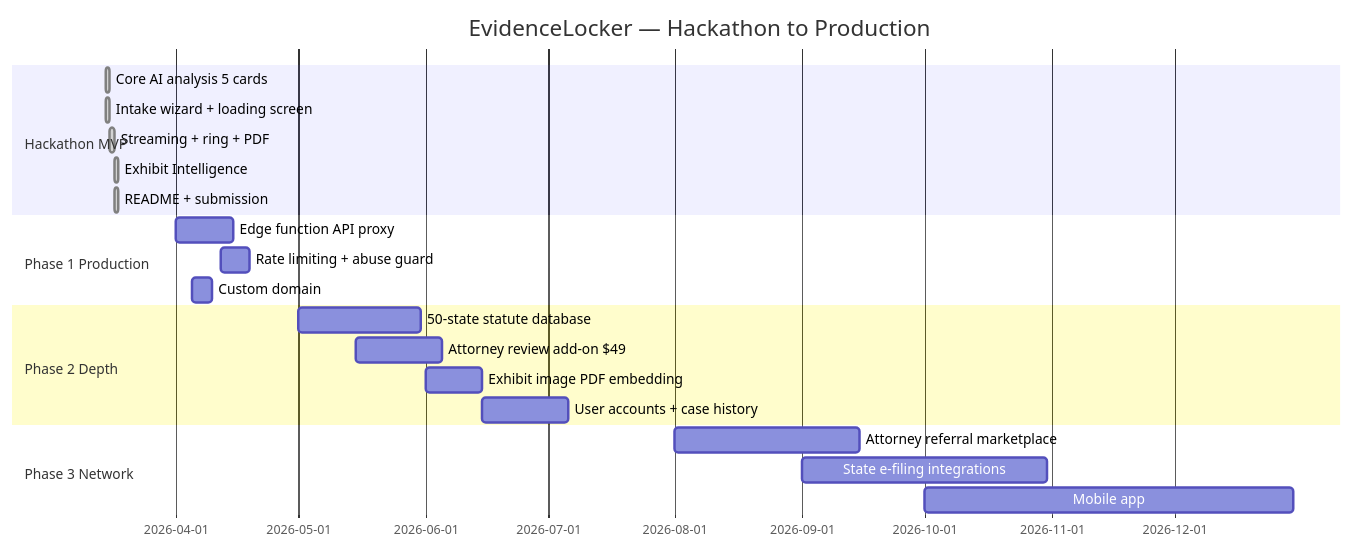
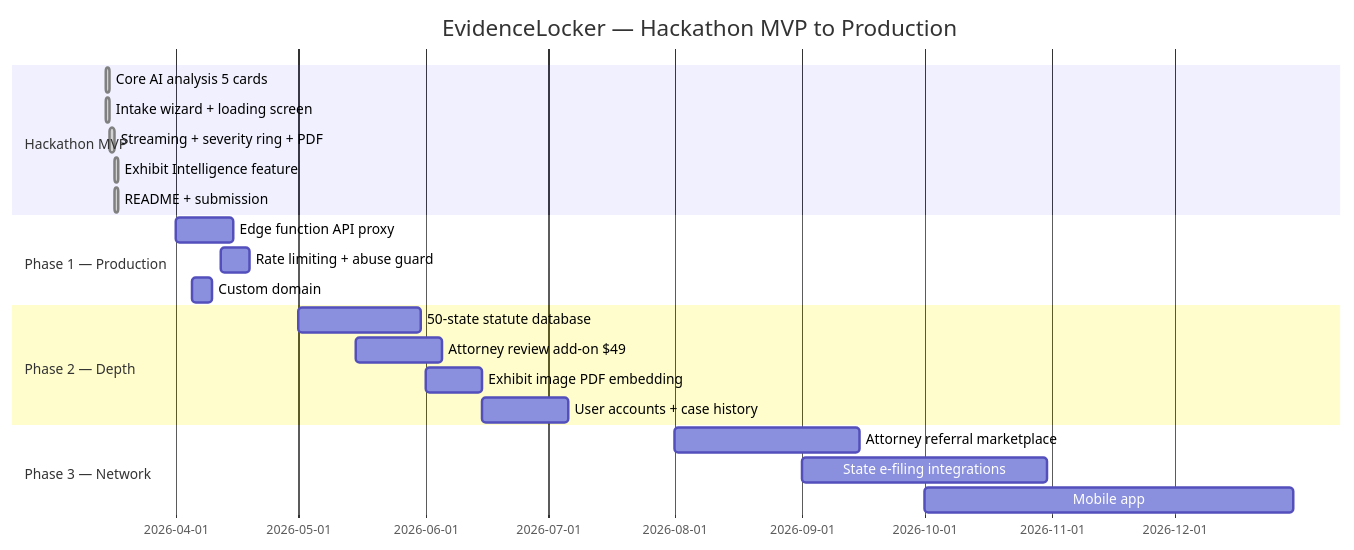
Diagram 12 of 12 in README.md (Iceman-Dann/Evidence-Locker), drawn with Mermaid before and after one commit. The commit also changed other lines of this file, not shown here.

````diff
--- a/README.md
+++ b/README.md
@@ -600,28 +594,28 @@
 ```mermaid
 gantt
-    title EvidenceLocker — Hackathon to Production
+    title EvidenceLocker — Hackathon MVP to Production
     dateFormat YYYY-MM-DD
 
     section Hackathon MVP
         Core AI analysis 5 cards       :done, 2026-03-15, 1d
         Intake wizard + loading screen  :done, 2026-03-15, 1d
-        Streaming + ring + PDF          :done, 2026-03-16, 1d
-        Exhibit Intelligence            :done, 2026-03-17, 1d
+        Streaming + severity ring + PDF :done, 2026-03-16, 1d
+        Exhibit Intelligence feature    :done, 2026-03-17, 1d
         README + submission             :done, 2026-03-17, 1d
 
-    section Phase 1 Production
+    section Phase 1 — Production
         Edge function API proxy         :2026-04-01, 14d
         Rate limiting + abuse guard     :2026-04-12, 7d
         Custom domain                   :2026-04-05, 5d
 
-    section Phase 2 Depth
+    section Phase 2 — Depth
         50-state statute database       :2026-05-01, 30d
         Attorney review add-on $49      :2026-05-15, 21d
         Exhibit image PDF embedding     :2026-06-01, 14d
         User accounts + case history    :2026-06-15, 21d
 
-    section Phase 3 Network
+    section Phase 3 — Network
         Attorney referral marketplace   :2026-08-01, 45d
         State e-filing integrations     :2026-09-01, 60d
         Mobile app                      :2026-10-01, 90d
 ```
````
